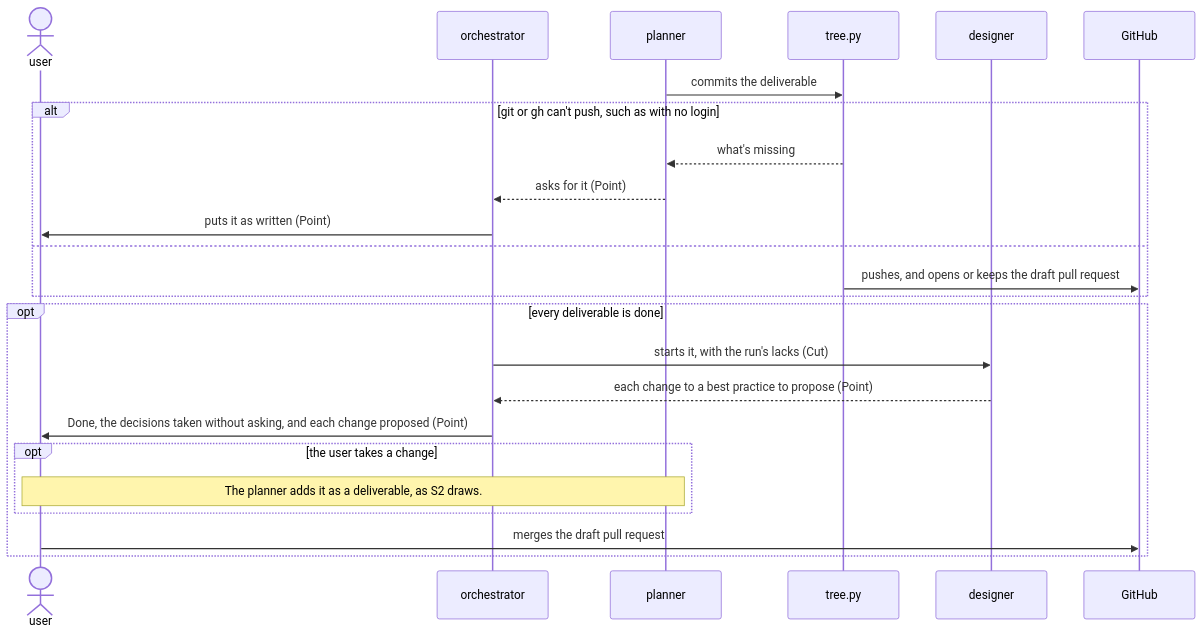
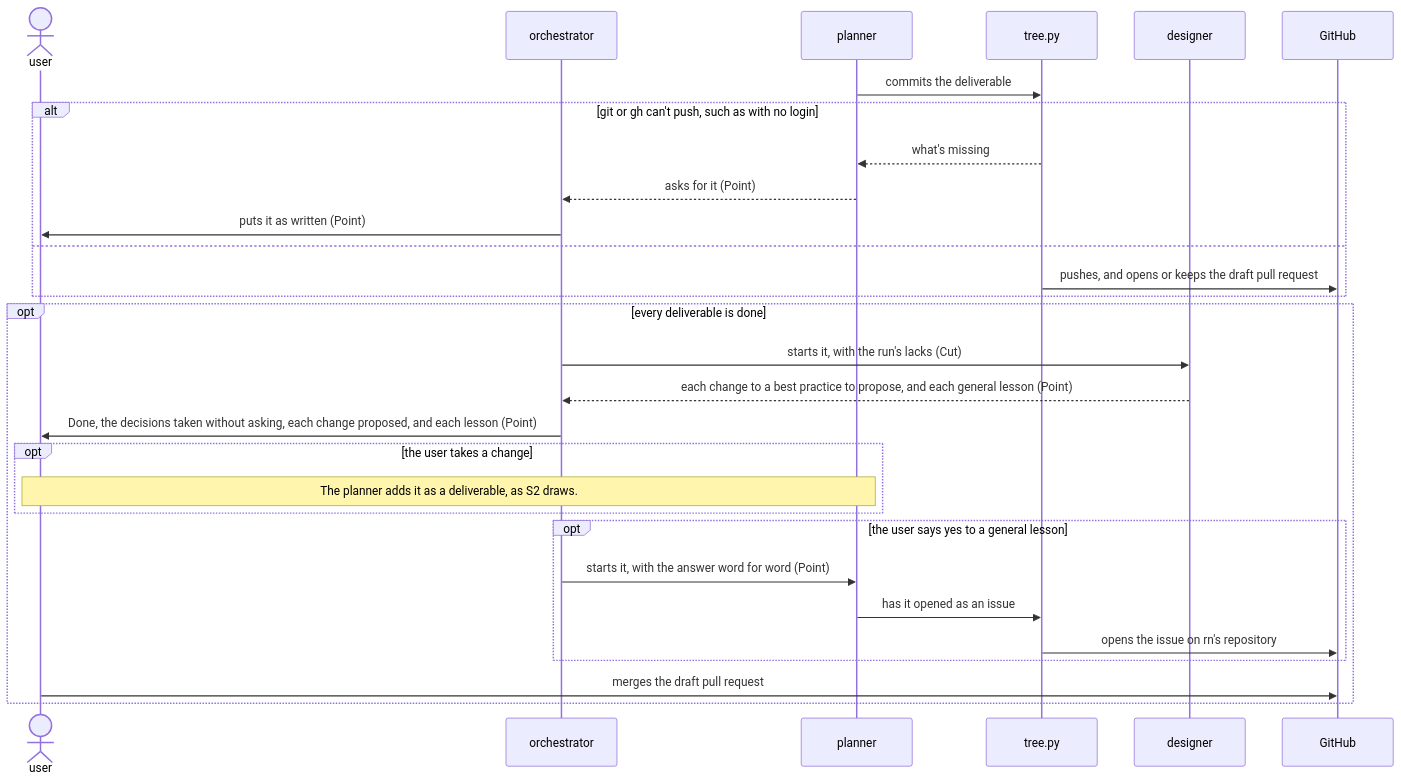
Before and after one commit to lovaizu/ccpm: the fifth of 5 diagrams in dev/rn/architecture.md, drawn with Mermaid. The commit also changed other lines of this file and 7 other files, not shown here.

````diff
--- a/dev/rn/architecture.md
+++ b/dev/rn/architecture.md
@@ -248,26 +255,31 @@
 ```mermaid
 sequenceDiagram
   actor U as user
   participant O as orchestrator
   participant P as planner
   participant T as tree.py
   participant D as designer
   participant GH as GitHub
   P->>T: commits the deliverable
   alt git or gh can't push, such as with no login
     T-->>P: what's missing
     P-->>O: asks for it (Point)
     O->>U: puts it as written (Point)
   else
     T->>GH: pushes, and opens or keeps the draft pull request
   end
   opt every deliverable is done
     O->>D: starts it, with the run's lacks (Cut)
-    D-->>O: each change to a best practice to propose (Point)
-    O->>U: Done, the decisions taken without asking, and each change proposed (Point)
+    D-->>O: each change to a best practice to propose, and each general lesson (Point)
+    O->>U: Done, the decisions taken without asking, each change proposed, and each lesson (Point)
     opt the user takes a change
       Note over U,P: The planner adds it as a deliverable, as S2 draws.
+    end
+    opt the user says yes to a general lesson
+      O->>P: starts it, with the answer word for word (Point)
+      P->>T: has it opened as an issue
+      T->>GH: opens the issue on rn's repository
     end
     U->>GH: merges the draft pull request
   end
 ```
````
